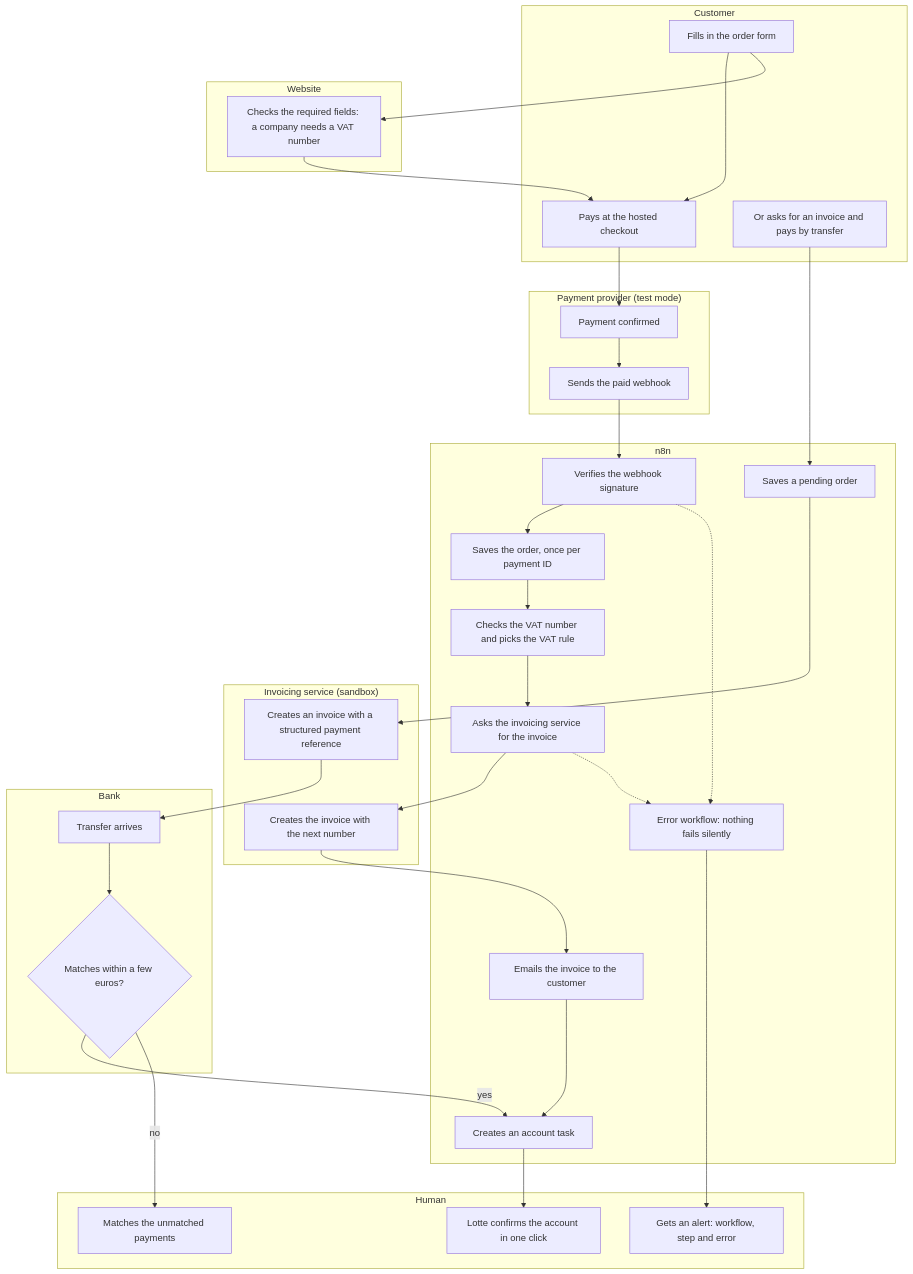
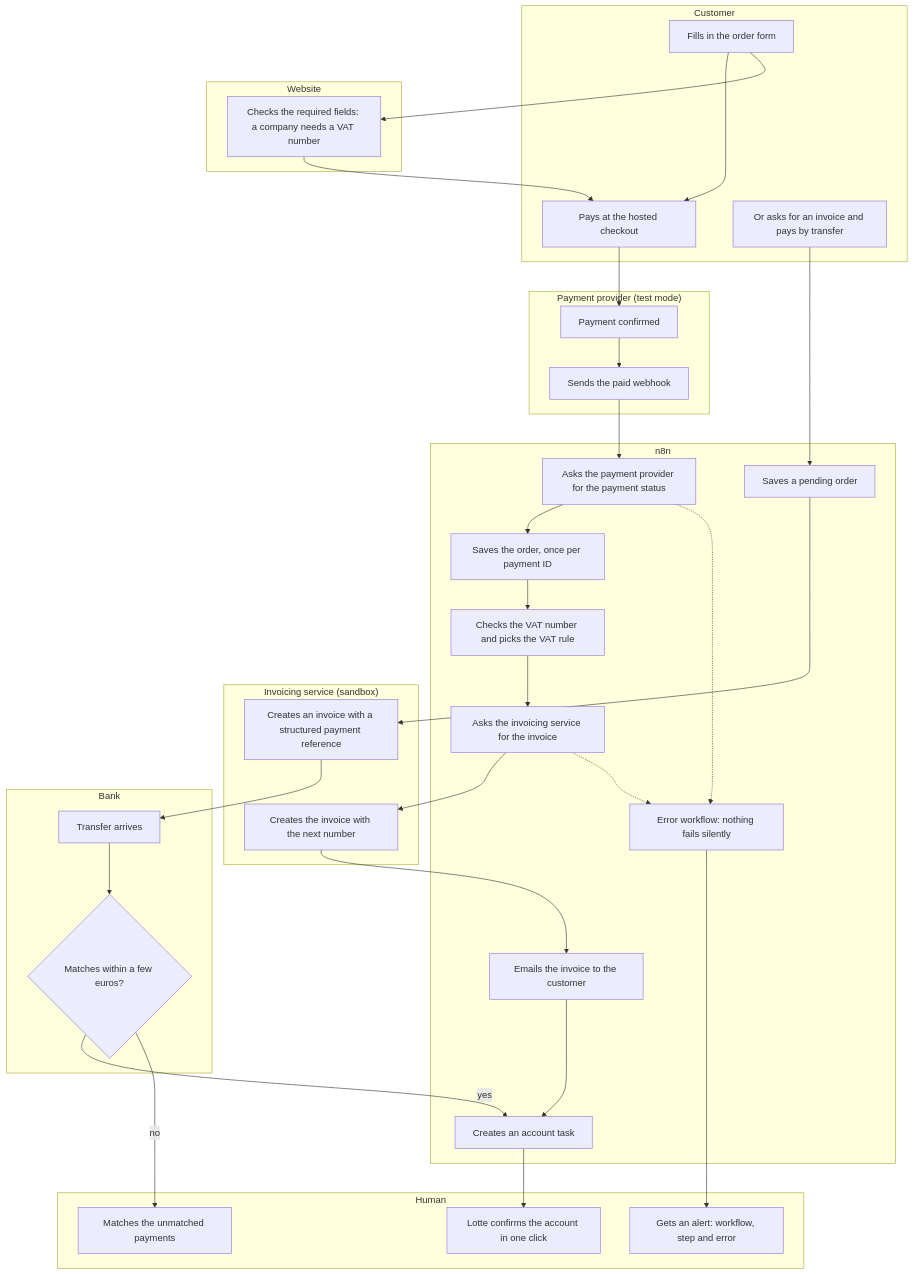
One commit to Babaika328/LoopCasts changed the diagram in to-be-order-to-cash.md. Above: the diagram before and after it, drawn with Mermaid. The commit also changed other lines of this file and 17 other files, not shown here.

Commit message:
Payment simulator, order flow, schema

````diff
--- a/to-be-order-to-cash.md
+++ b/to-be-order-to-cash.md
@@ -5,44 +5,44 @@
 ```mermaid
 flowchart TD
   subgraph C["Customer"]
     c1["Fills in the order form"] --> c2["Pays at the hosted checkout"]
     c3["Or asks for an invoice and pays by transfer"]
   end
   subgraph W["Website"]
     w1["Checks the required fields: a company needs a VAT number"]
   end
   subgraph P["Payment provider (test mode)"]
     p1["Payment confirmed"] --> p2["Sends the paid webhook"]
   end
   subgraph N["n8n"]
-    n1["Verifies the webhook signature"] --> n2["Saves the order, once per payment ID"]
+    n1["Asks the payment provider for the payment status"] --> n2["Saves the order, once per payment ID"]
     n2 --> n3["Checks the VAT number and picks the VAT rule"]
     n3 --> n4["Asks the invoicing service for the invoice"]
     n5["Emails the invoice to the customer"] --> n6["Creates an account task"]
     n8["Saves a pending order"]
     e1["Error workflow: nothing fails silently"]
   end
   subgraph I["Invoicing service (sandbox)"]
     i1["Creates the invoice with the next number"]
     i2["Creates an invoice with a structured payment reference"]
   end
   subgraph B["Bank"]
     b1["Transfer arrives"] --> b2{"Matches within a few euros?"}
   end
   subgraph H["Human"]
     h1["Lotte confirms the account in one click"]
     h2["Gets an alert: workflow, step and error"]
     h3["Matches the unmatched payments"]
   end
   c1 --> w1 --> c2
   c2 --> p1
   p2 --> n1
   n4 --> i1 --> n5
   n6 --> h1
   c3 --> n8 --> i2 --> b1
   b2 -- "yes" --> n6
   b2 -- "no" --> h3
   n1 -.-> e1
   n4 -.-> e1
   e1 --> h2
 ```
````
